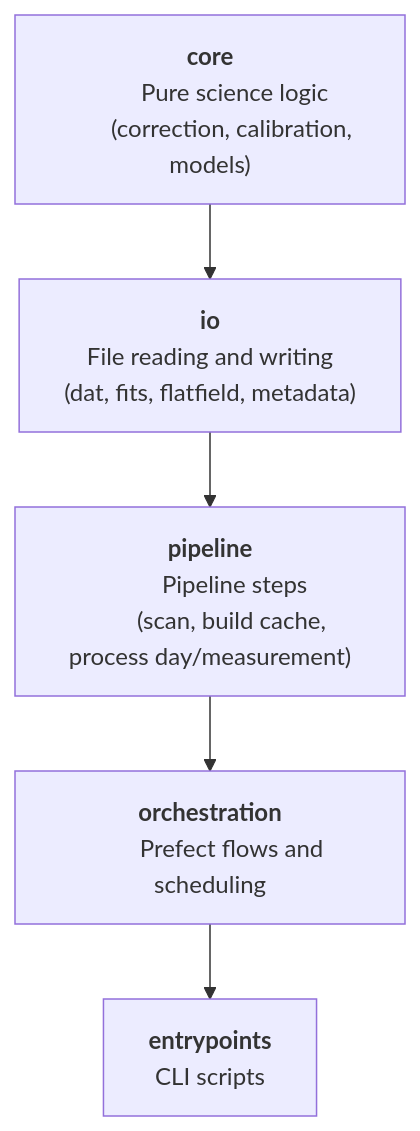
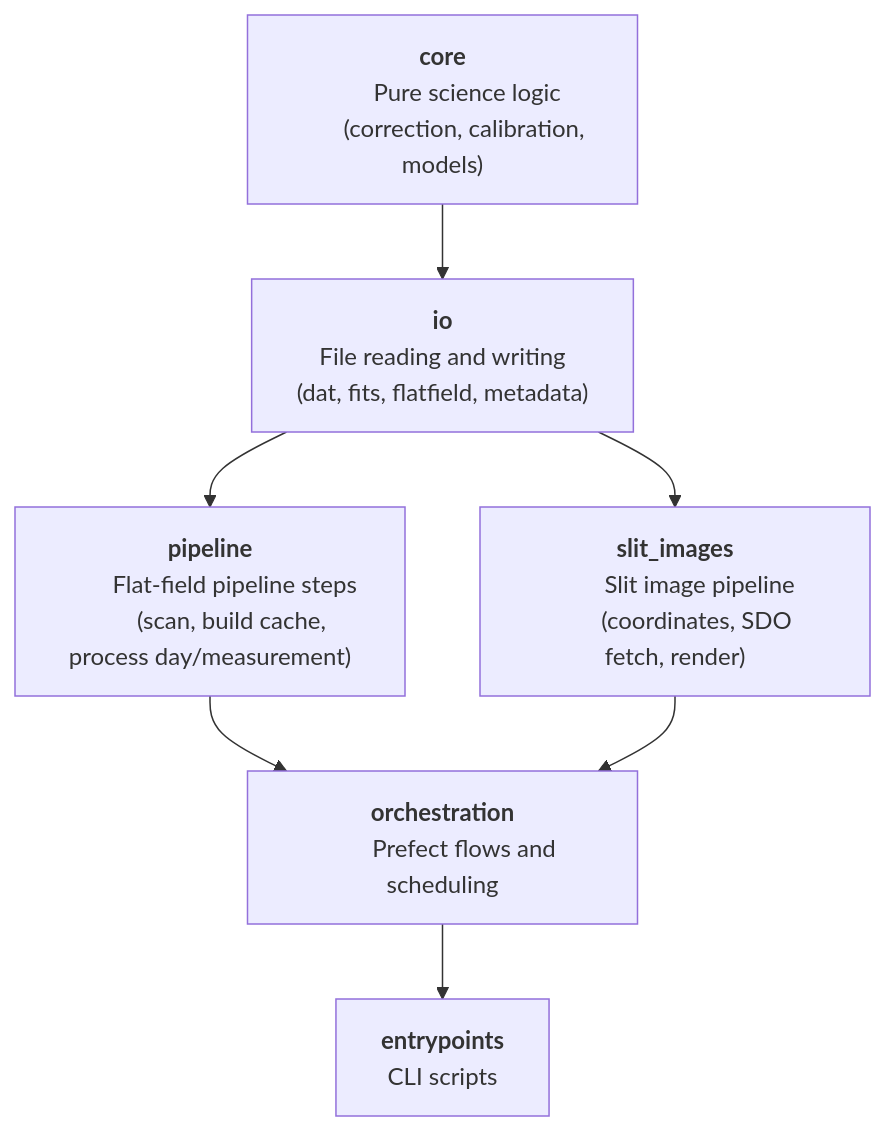
One commit to cdeldon/irsol-data-pipeline changed the second of 5 diagrams in README.md. Above: the diagram before and after it, drawn with Mermaid. The commit also changed other lines of this file and 16 other files, not shown here.

First line of the commit message:
feat: Add slit image generation module with SDO context

````diff
--- a/README.md
+++ b/README.md
@@ -176,21 +224,26 @@
 ```mermaid
 graph TB
     A["<b>core</b>
 	Pure science logic
 	(correction, calibration, models)"]
     B["<b>io</b>
 	File reading and writing
 	(dat, fits, flatfield, metadata)"]
     C["<b>pipeline</b>
-	Pipeline steps
+	Flat-field pipeline steps
 	(scan, build cache, process day/measurement)"]
+    C2["<b>slit_images</b>
+	Slit image pipeline
+	(coordinates, SDO fetch, render)"]
     D["<b>orchestration</b>
 	Prefect flows and scheduling"]
     E["<b>entrypoints</b>
 	CLI scripts"]
 
     A --> B
     B --> C
+    B --> C2
     C --> D
+    C2 --> D
     D --> E
 ```
````
